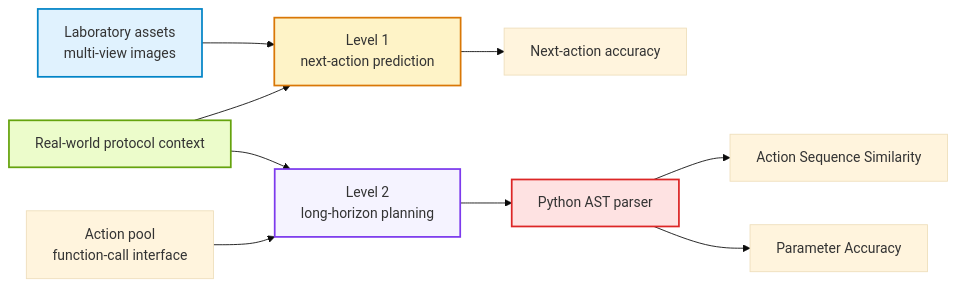
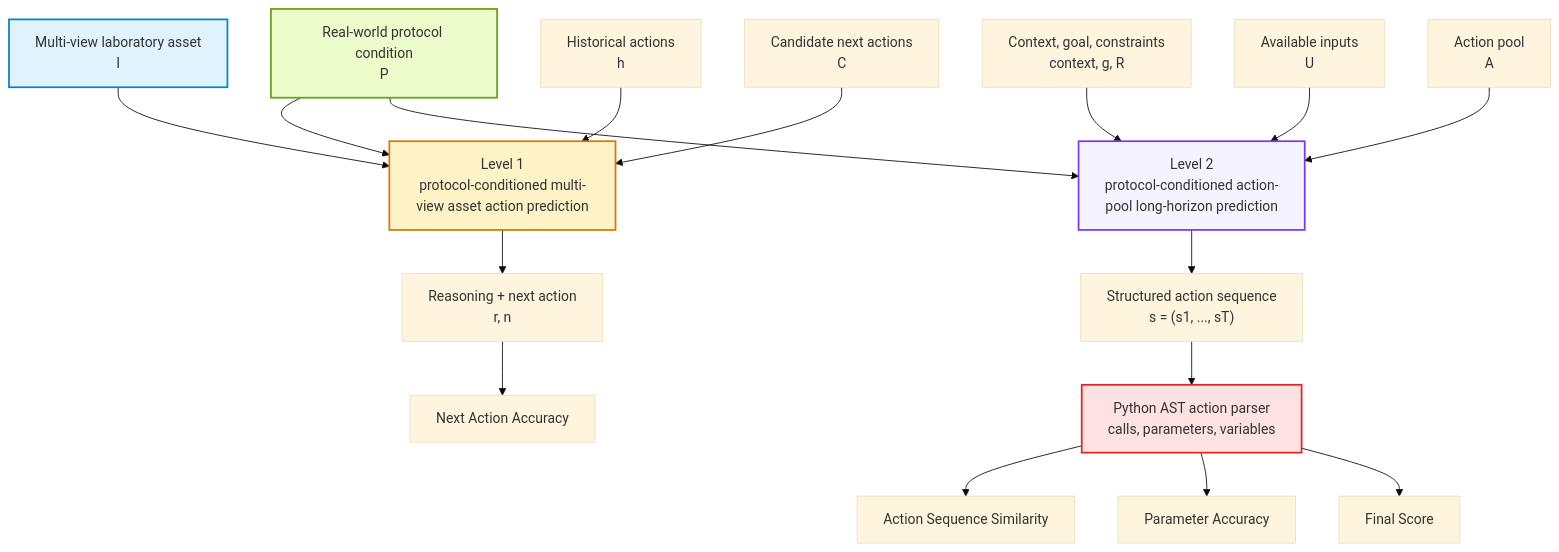
Before and after one commit to CongLab-Research/LabHorizon: the diagram in README.md, drawn with Mermaid (base theme). The commit also changed other lines of this file, not shown here.

````diff
--- a/README.md
+++ b/README.md
@@ -48,17 +48,25 @@
 ```mermaid
-flowchart LR
-    A["Laboratory assets<br/>multi-view images"] --> L1["Level 1<br/>next-action prediction"]
-    P["Real-world protocol context"] --> L1
-    P --> L2["Level 2<br/>long-horizon planning"]
-    AP["Action pool<br/>function-call interface"] --> L2
-    L1 --> S1["Next-action accuracy"]
-    L2 --> AST["Python AST parser"]
-    AST --> S2["Action Sequence Similarity"]
-    AST --> S3["Parameter Accuracy"]
+flowchart TD
+    P["Real-world protocol condition<br/>P"] --> L1
+    P --> L2
+    I["Multi-view laboratory asset<br/>I"] --> L1["Level 1<br/>protocol-conditioned multi-view asset action prediction"]
+    H["Historical actions<br/>h"] --> L1
+    C["Candidate next actions<br/>C"] --> L1
+    L1 --> O1["Reasoning + next action<br/>r, n"]
+    O1 --> M1["Next Action Accuracy"]
 
-    style A fill:#e0f2fe,stroke:#0284c7,stroke-width:2px
+    CTX["Context, goal, constraints<br/>context, g, R"] --> L2["Level 2<br/>protocol-conditioned action-pool long-horizon prediction"]
+    U["Available inputs<br/>U"] --> L2
+    AP["Action pool<br/>A"] --> L2
+    L2 --> O2["Structured action sequence<br/>s = (s1, ..., sT)"]
+    O2 --> AST["Python AST action parser<br/>calls, parameters, variables"]
+    AST --> M2["Action Sequence Similarity"]
+    AST --> M3["Parameter Accuracy"]
+    AST --> M4["Final Score"]
+
     style P fill:#ecfccb,stroke:#65a30d,stroke-width:2px
+    style I fill:#e0f2fe,stroke:#0284c7,stroke-width:2px
     style L1 fill:#fef3c7,stroke:#d97706,stroke-width:2px
     style L2 fill:#f5f3ff,stroke:#7c3aed,stroke-width:2px
     style AST fill:#fee2e2,stroke:#dc2626,stroke-width:2px
 ```
````
